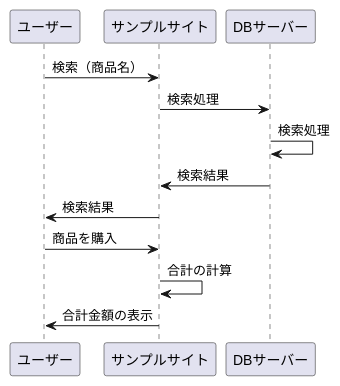
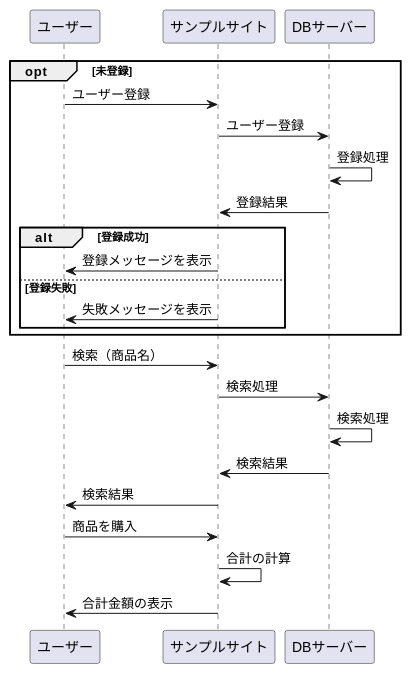
The diagram in 8_02.md (Aso2001140/2012sys-design), drawn with PlantUML before and after one commit.

````diff
--- a/8_02.md
+++ b/8_02.md
@@ -1,13 +1,29 @@
 ```uml
 @startuml
+
+opt 未登録
+ユーザー -> サンプルサイト : ユーザー登録
+サンプルサイト -> DBサーバー : ユーザー登録
+DBサーバー -> DBサーバー : 登録処理
+DBサーバー -> サンプルサイト : 登録結果
+
+alt 登録成功
+サンプルサイト -> ユーザー : 登録メッセージを表示
+else 登録失敗
+サンプルサイト -> ユーザー : 失敗メッセージを表示
+
+end
+end
+
+
 ユーザー -> サンプルサイト : 検索（商品名）
 サンプルサイト -> DBサーバー : 検索処理
 DBサーバー -> DBサーバー : 検索処理
 DBサーバー -> サンプルサイト : 検索結果
 サンプルサイト -> ユーザー : 検索結果
 
 ユーザー -> サンプルサイト : 商品を購入
 サンプルサイト -> サンプルサイト : 合計の計算
 サンプルサイト -> ユーザー : 合計金額の表示
 @enduml
 ```
````
